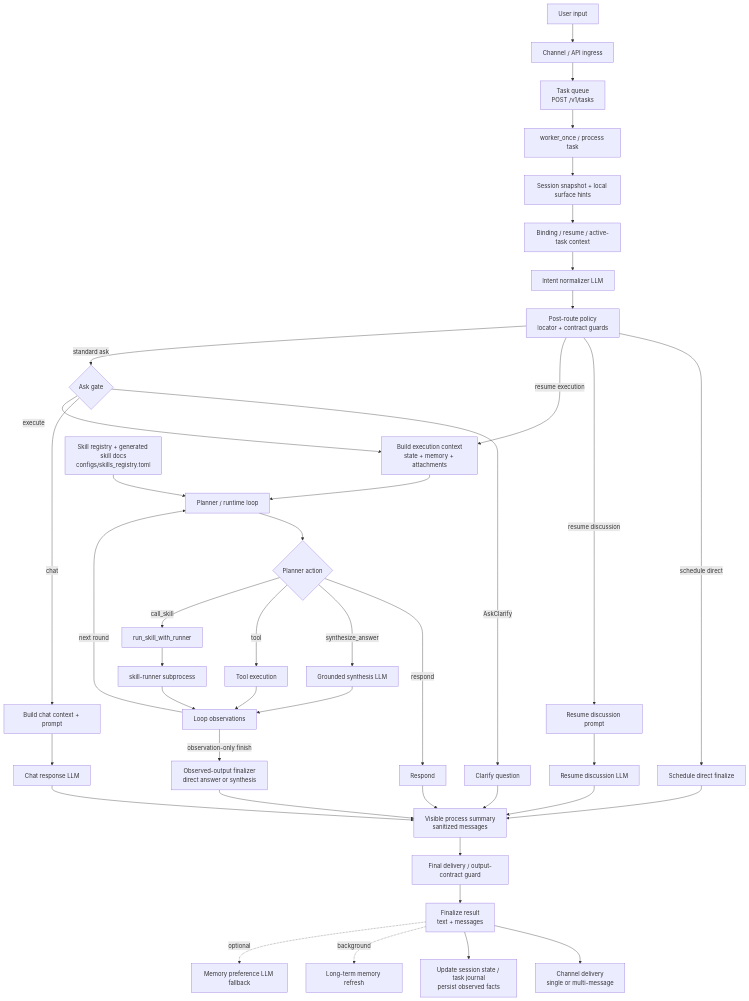
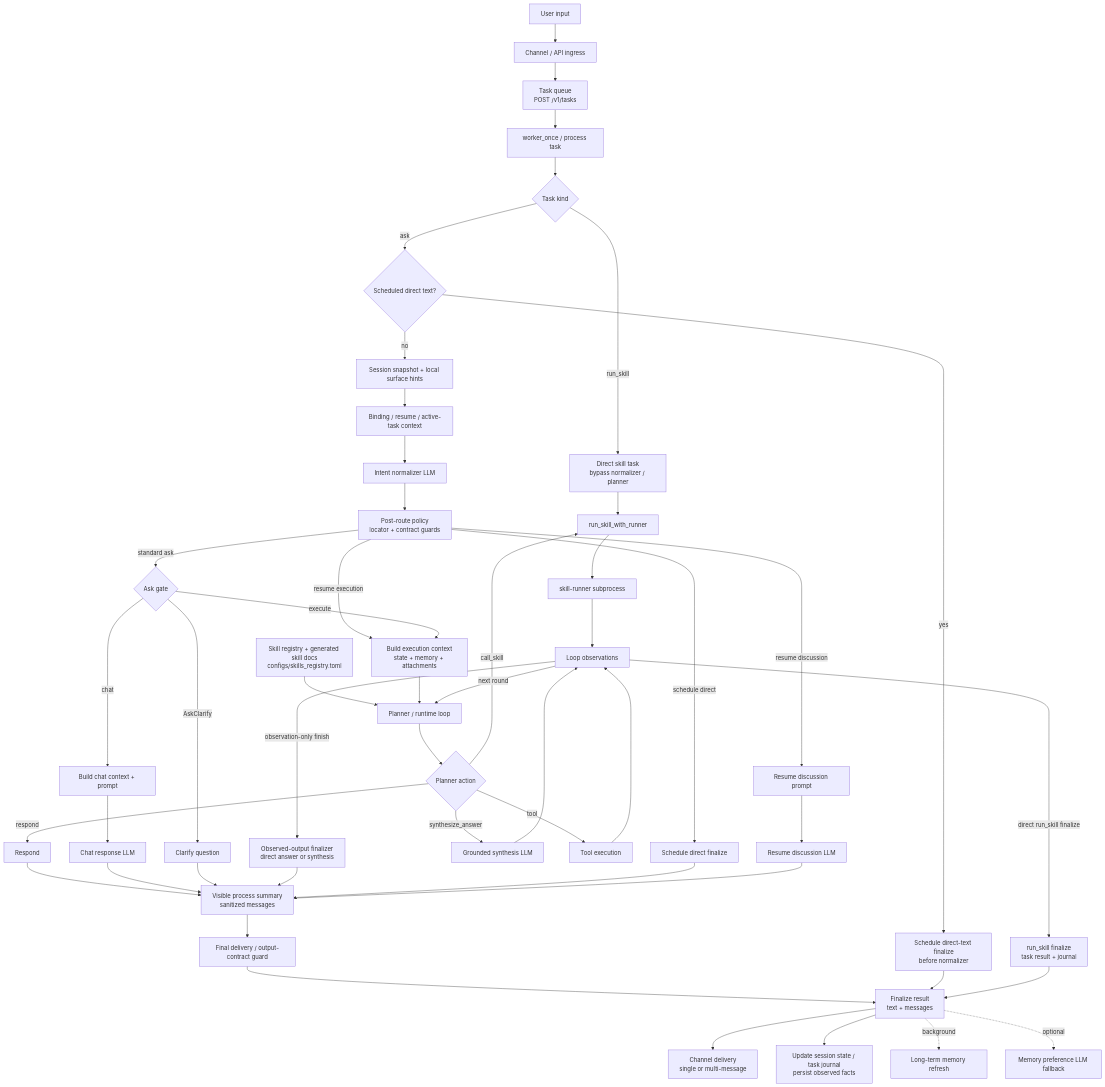
One commit to MatrixCoreX/RustClaw changed the first of 2 diagrams in README.md. Above: the diagram before and after it, drawn with Mermaid. The commit also changed other lines of this file and 1 other file, not shown here.

````diff
--- a/README.md
+++ b/README.md
@@ -28,44 +28,52 @@
 ```mermaid
 flowchart TD
     A[User input] --> B[Channel / API ingress]
     B --> B1[Task queue<br/>POST /v1/tasks]
     B1 --> B2[worker_once / process task]
-    B2 --> C[Session snapshot + local surface hints]
+    B2 --> B3{Task kind}
+    B3 -->|run_skill| RS[Direct skill task<br/>bypass normalizer / planner]
+    B3 -->|ask| C0{Scheduled direct text?}
+    C0 -->|yes| SD0[Schedule direct-text finalize<br/>before normalizer]
+    C0 -->|no| C[Session snapshot + local surface hints]
     C --> D[Binding / resume / active-task context]
     D --> E[Intent normalizer LLM]
     E --> E2[Post-route policy<br/>locator + contract guards]
     E2 -->|schedule direct| SD[Schedule direct finalize]
     E2 -->|resume discussion| RD[Resume discussion prompt]
     E2 -->|resume execution| H
     E2 -->|standard ask| F{Ask gate}
     F -->|AskClarify| G[Clarify question]
     F -->|chat| CH[Build chat context + prompt]
     CH --> CR[Chat response LLM]
     F -->|execute| H[Build execution context<br/>state + memory + attachments]
     SK[Skill registry + generated skill docs<br/>configs/skills_registry.toml] --> I
     H --> I[Planner / runtime loop]
     I --> L{Planner action}
     L -->|respond| M[Respond]
     L -->|synthesize_answer| SS[Grounded synthesis LLM]
     L -->|tool| N[Tool execution]
     L -->|call_skill| N1[run_skill_with_runner]
+    RS --> N1
     N1 --> N2[skill-runner subprocess]
     N2 --> P
     N --> P[Loop observations]
     SS --> P
     P -->|next round| I
     P -->|observation-only finish| OF[Observed-output finalizer<br/>direct answer or synthesis]
+    P -->|direct run_skill finalize| RSK[run_skill finalize<br/>task result + journal]
     M --> VP[Visible process summary<br/>sanitized messages]
     CR --> VP
     G --> VP
     OF --> VP
     SD --> VP
     RD --> RDL[Resume discussion LLM]
     RDL --> VP
     VP --> Q[Final delivery / output-contract guard]
     Q --> R[Finalize result<br/>text + messages]
+    SD0 --> R
+    RSK --> R
     R --> S[Channel delivery<br/>single or multi-message]
     R --> T[Update session state / task journal<br/>persist observed facts]
     R -. background .-> U[Long-term memory refresh]
     R -. optional .-> V[Memory preference LLM fallback]
 ```
````
